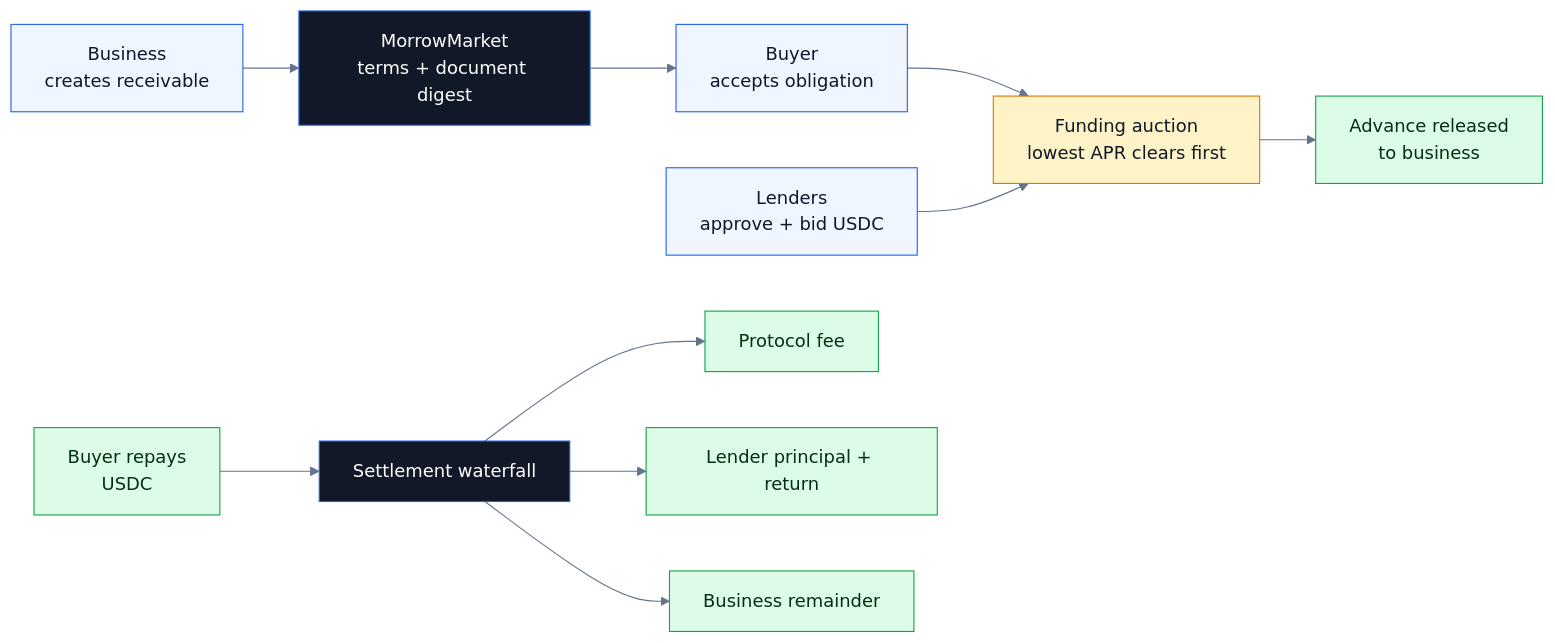
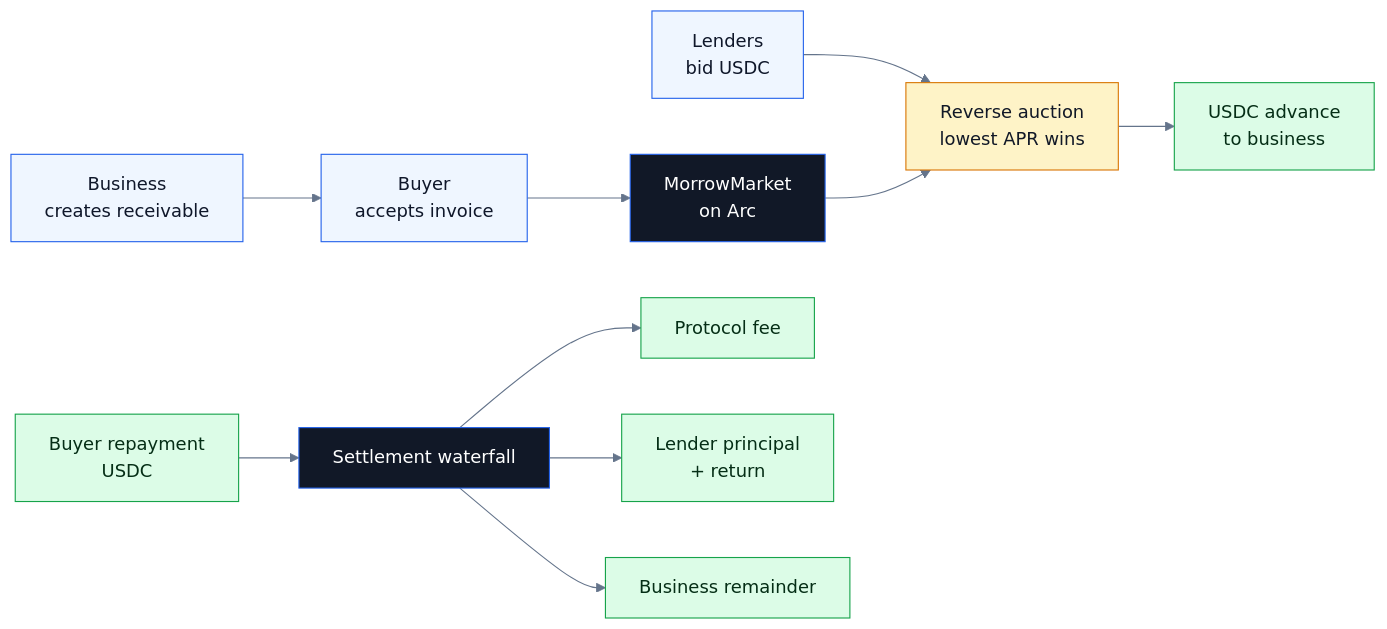
The first of 2 diagrams in README.md (NikhilRaikwar/Morrow), drawn with Mermaid before and after one commit. The commit also changed other lines of this file and 7 other files, not shown here.

````diff
--- a/README.md
+++ b/README.md
@@ -39,18 +43,18 @@
 ```mermaid
-%%{init: {"theme":"base","themeVariables":{"primaryColor":"#dbeafe","primaryTextColor":"#0f172a","primaryBorderColor":"#2563eb","secondaryColor":"#dcfce7","tertiaryColor":"#fef3c7","lineColor":"#64748b","fontFamily":"Inter, Arial"}}}%%
+%%{init: {"theme":"base","themeVariables":{"fontFamily":"Inter, Arial","primaryColor":"#eff6ff","primaryTextColor":"#0f172a","primaryBorderColor":"#2563eb","secondaryColor":"#dcfce7","tertiaryColor":"#fef3c7","lineColor":"#64748b"}}}%%
 flowchart LR
-  business["Business<br/>creates receivable"]:::actor --> contract["MorrowMarket<br/>terms + document digest"]:::contract
-  contract --> buyer["Buyer<br/>accepts obligation"]:::actor
-  buyer --> auction["Funding auction<br/>lowest APR clears first"]:::auction
-  lenders["Lenders<br/>approve + bid USDC"]:::actor --> auction
-  auction --> advance["Advance released<br/>to business"]:::money
-  repayment["Buyer repays<br/>USDC"]:::money --> waterfall["Settlement waterfall"]:::contract
+  business["Business<br/>creates receivable"]:::actor --> buyer["Buyer<br/>accepts invoice"]:::actor
+  buyer --> market["MorrowMarket<br/>on Arc"]:::contract
+  lenders["Lenders<br/>bid USDC"]:::actor --> auction["Reverse auction<br/>lowest APR wins"]:::auction
+  market --> auction
+  auction --> advance["USDC advance<br/>to business"]:::money
+  buyerPay["Buyer repayment<br/>USDC"]:::money --> waterfall["Settlement waterfall"]:::contract
   waterfall --> fee["Protocol fee"]:::money
-  waterfall --> claims["Lender principal + return"]:::money
+  waterfall --> lenderClaims["Lender principal<br/>+ return"]:::money
   waterfall --> remainder["Business remainder"]:::money
 
   classDef actor fill:#eff6ff,stroke:#2563eb,color:#0f172a;
   classDef contract fill:#111827,stroke:#2563eb,color:#ffffff;
   classDef auction fill:#fef3c7,stroke:#d97706,color:#111827;
   classDef money fill:#dcfce7,stroke:#16a34a,color:#052e16;
 ```
````
